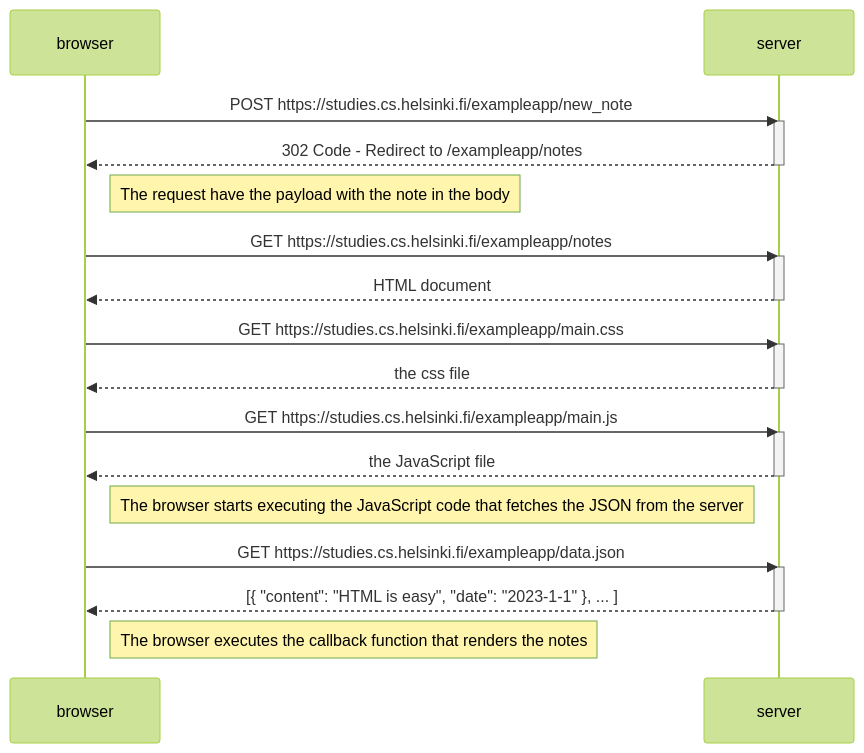
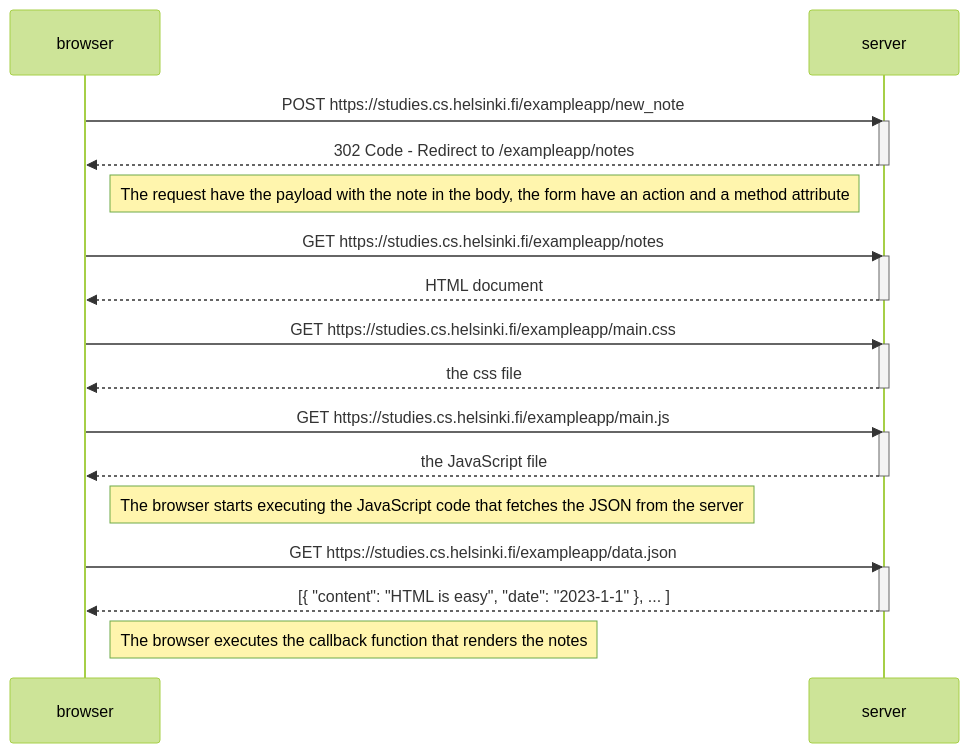
Before and after one commit to alecko/Fullstack: the diagram in part0/0.4 Diagram.md, drawn with Mermaid (forest theme). The commit also changed 2 other files, not shown here.

Commit message:
Updated Diagrams

````diff
--- a/part0/0.4 Diagram.md
+++ b/part0/0.4 Diagram.md
@@ -2,36 +2,36 @@
 ```mermaid
 sequenceDiagram
     participant browser
     participant server
 
     browser->>server: POST https://studies.cs.helsinki.fi/exampleapp/new_note
     activate server
     server-->>browser: 302 Code - Redirect to /exampleapp/notes
     deactivate server
 
-    Note right of browser: The request have the payload with the note in the body
+    Note right of browser: The request have the payload with the note in the body, the form have an action and a method attribute
 
     browser->>server: GET https://studies.cs.helsinki.fi/exampleapp/notes
     activate server
     server-->>browser: HTML document
     deactivate server
 
     browser->>server: GET https://studies.cs.helsinki.fi/exampleapp/main.css
     activate server
     server-->>browser: the css file
     deactivate server
 
     browser->>server: GET https://studies.cs.helsinki.fi/exampleapp/main.js
     activate server
     server-->>browser: the JavaScript file
     deactivate server
 
     Note right of browser: The browser starts executing the JavaScript code that fetches the JSON from the server
 
     browser->>server: GET https://studies.cs.helsinki.fi/exampleapp/data.json
     activate server
     server-->>browser: [{ "content": "HTML is easy", "date": "2023-1-1" }, ... ]
     deactivate server
 
     Note right of browser: The browser executes the callback function that renders the notes
 ```
````
